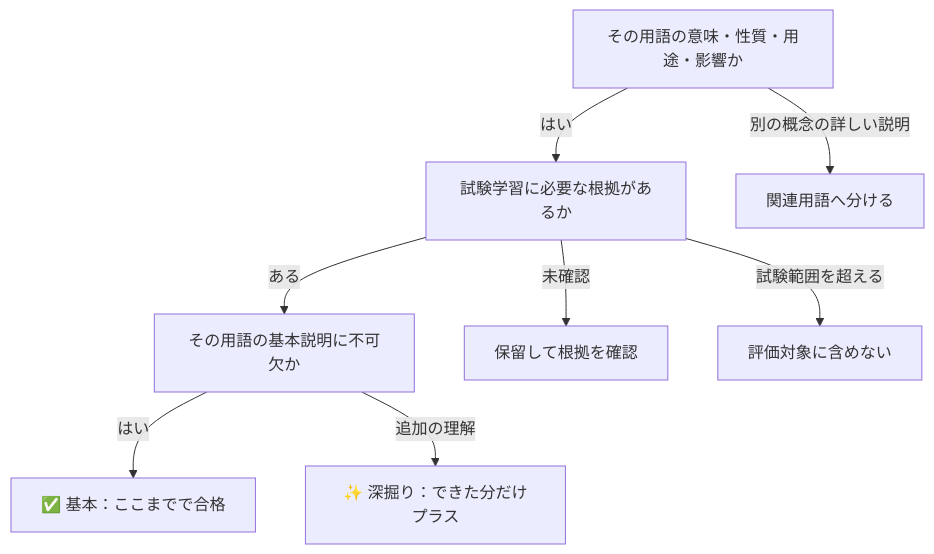
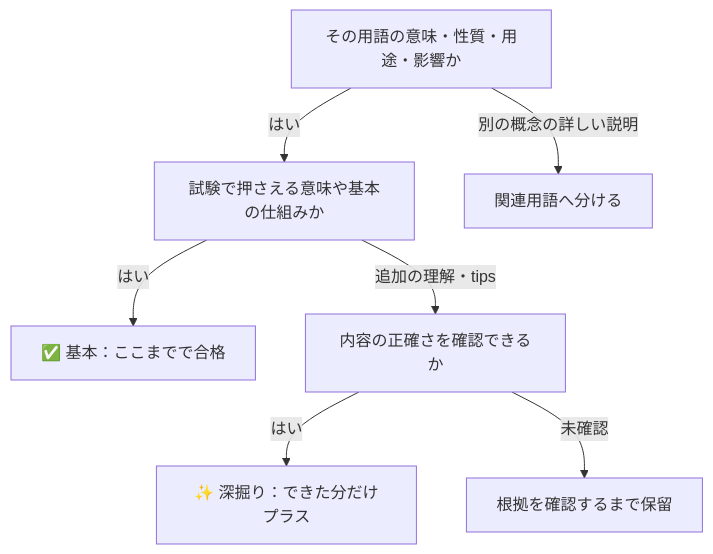
The diagram in docs/glossary-rubric.md (atuya0726/orenotameno), drawn with Mermaid before and after one commit. The commit also changed other lines of this file and 10 other files, not shown here.

````diff
--- a/docs/glossary-rubric.md
+++ b/docs/glossary-rubric.md
@@ -9,10 +9,9 @@
 ```mermaid
 flowchart TD
-  scope[その用語の意味・性質・用途・影響か] -->|はい| exam[試験学習に必要な根拠があるか]
+  scope[その用語の意味・性質・用途・影響か] -->|はい| core[試験で押さえる意味や基本の仕組みか]
   scope -->|別の概念の詳しい説明| related[関連用語へ分ける]
-  exam -->|ある| core[その用語の基本説明に不可欠か]
-  exam -->|未確認| hold[保留して根拠を確認]
-  exam -->|試験範囲を超える| omit[評価対象に含めない]
   core -->|はい| basic[✅ 基本：ここまでで合格]
-  core -->|追加の理解| deep[✨ 深掘り：できた分だけプラス]
+  core -->|追加の理解・tips| verify[内容の正確さを確認できるか]
+  verify -->|はい| deep[✨ 深掘り：できた分だけプラス]
+  verify -->|未確認| hold[根拠を確認するまで保留]
 ```
````
